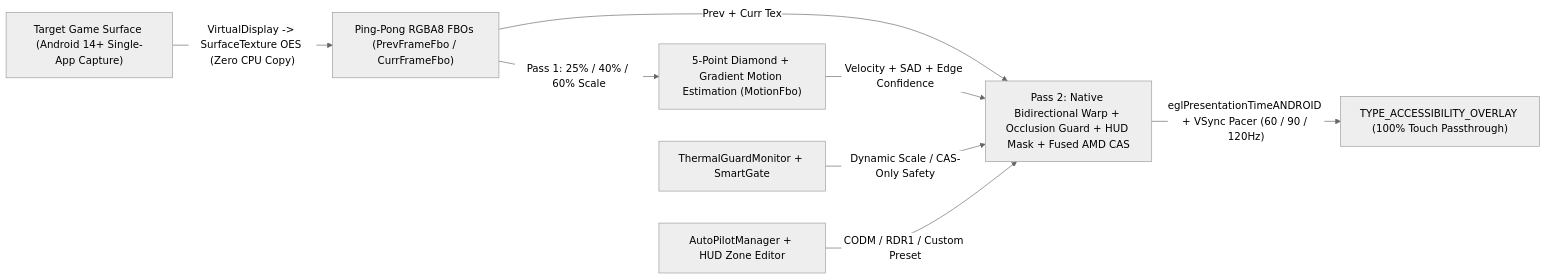
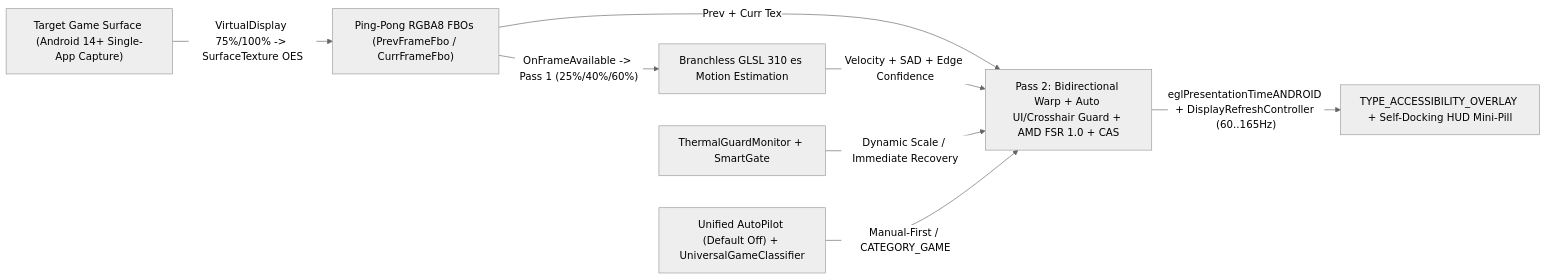
Before and after one commit to omarpromax2021do-droid/FrameBoost: the diagram in README.md, drawn with Mermaid (neutral theme). The commit also changed other lines of this file and 31 other files, not shown here.

Commit message:
release: v1.0.2 event-driven optical flow, FSR 1.0 + CAS, auto HUD guard & refresh lock

````diff
--- a/README.md
+++ b/README.md
@@ -23,10 +33,10 @@
 ```mermaid
 flowchart LR
-    Game["Target Game Surface (Android 14+ Single-App Capture)"] -->|"VirtualDisplay -> SurfaceTexture OES (Zero CPU Copy)"| PingPong["Ping-Pong RGBA8 FBOs (PrevFrameFbo / CurrFrameFbo)"]
-    PingPong -->|"Pass 1: 25% / 40% / 60% Scale"| MotionPass["5-Point Diamond + Gradient Motion Estimation (MotionFbo)"]
-    PingPong -->|"Prev + Curr Tex"| SynthPass["Pass 2: Native Bidirectional Warp + Occlusion Guard + HUD Mask + Fused AMD CAS"]
+    Game["Target Game Surface (Android 14+ Single-App Capture)"] -->|"VirtualDisplay 75%/100% -> SurfaceTexture OES"| PingPong["Ping-Pong RGBA8 FBOs (PrevFrameFbo / CurrFrameFbo)"]
+    PingPong -->|"OnFrameAvailable -> Pass 1 (25%/40%/60%)"| MotionPass["Branchless GLSL 310 es Motion Estimation"]
+    PingPong -->|"Prev + Curr Tex"| SynthPass["Pass 2: Bidirectional Warp + Auto UI/Crosshair Guard + AMD FSR 1.0 + CAS"]
     MotionPass -->|"Velocity + SAD + Edge Confidence"| SynthPass
-    Thermal["ThermalGuardMonitor + SmartGate"] -->|"Dynamic Scale / CAS-Only Safety"| SynthPass
-    AutoPilot["AutoPilotManager + HUD Zone Editor"] -->|"CODM / RDR1 / Custom Preset"| SynthPass
-    SynthPass -->|"eglPresentationTimeANDROID + VSync Pacer (60 / 90 / 120Hz)"| Overlay["TYPE_ACCESSIBILITY_OVERLAY (100% Touch Passthrough)"]
+    Thermal["ThermalGuardMonitor + SmartGate"] -->|"Dynamic Scale / Immediate Recovery"| SynthPass
+    AutoPilot["Unified AutoPilot (Default Off) + UniversalGameClassifier"] -->|"Manual-First / CATEGORY_GAME"| SynthPass
+    SynthPass -->|"eglPresentationTimeANDROID + DisplayRefreshController (60..165Hz)"| Overlay["TYPE_ACCESSIBILITY_OVERLAY + Self-Docking HUD Mini-Pill"]
 ```
````
